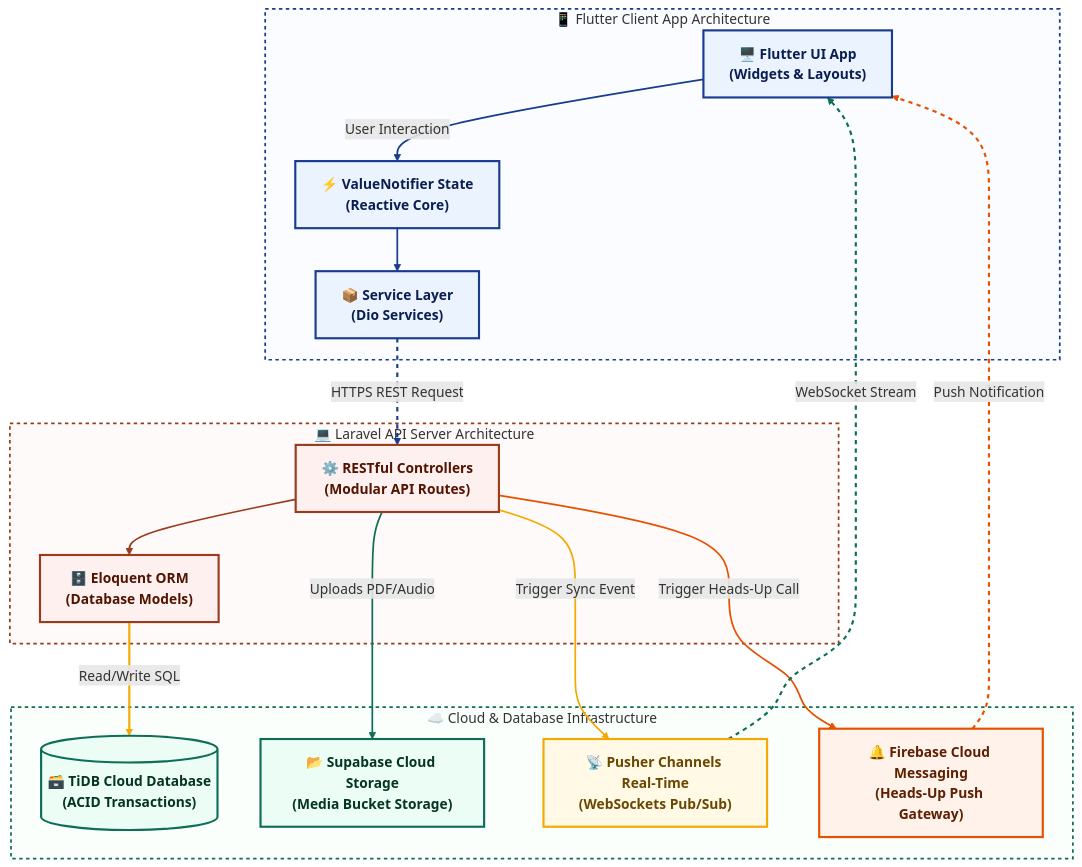
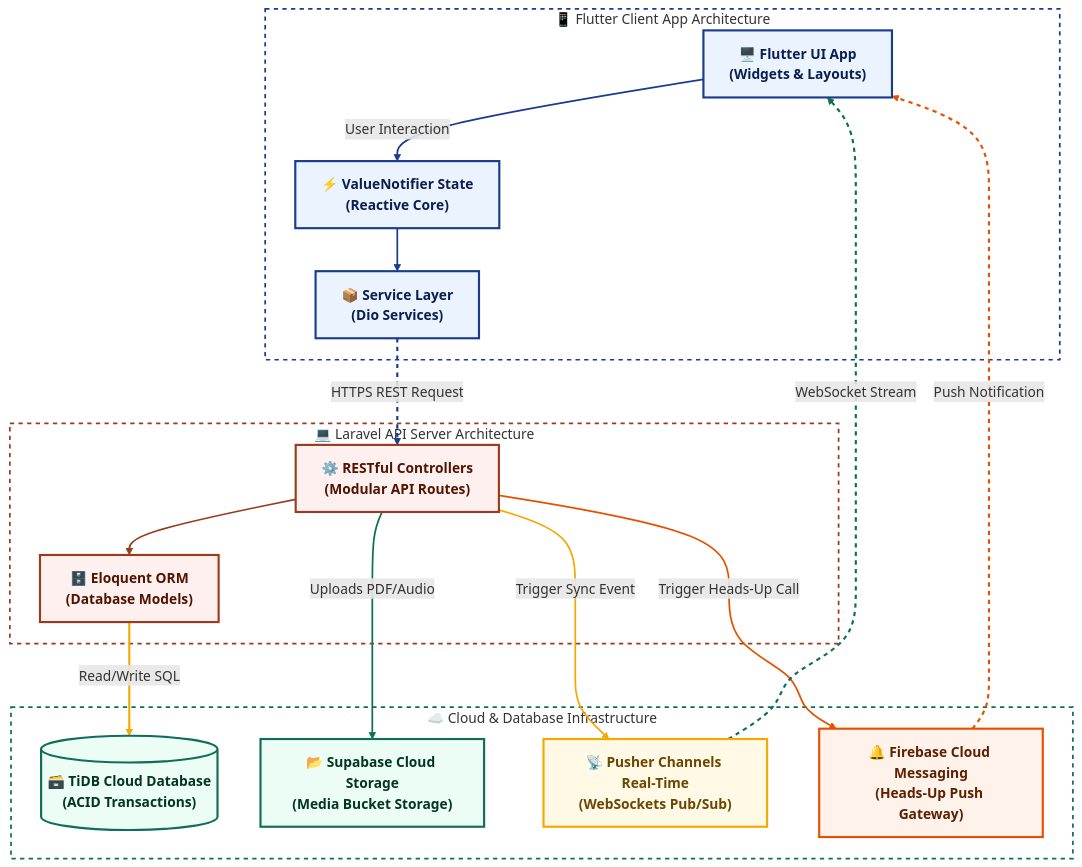
The first of 2 diagrams in README.md (dimaswijil/rupiachat-api), drawn with Mermaid before and after one commit.

Commit message:
docs: make Mermaid subgraphs background transparent (fill:none) with dashed borders

````diff
--- a/README.md
+++ b/README.md
@@ -11,53 +11,53 @@
 ```mermaid
 flowchart TD
     %% Styling Classes (Tailored to RupiaColors Theme)
     classDef clientClass fill:#EBF3FF,stroke:#1A3C8F,stroke-width:2.5px,color:#0A1E50,font-weight:bold;
     classDef backendClass fill:#FFF0F0,stroke:#993C1D,stroke-width:2.5px,color:#501400,font-weight:bold;
     classDef storageClass fill:#EBFDF5,stroke:#0F6E56,stroke-width:2.5px,color:#053520,font-weight:bold;
     classDef pusherClass fill:#FFF9E6,stroke:#F4A900,stroke-width:2.5px,color:#6B4600,font-weight:bold;
     classDef fcmClass fill:#FFF2EB,stroke:#E65100,stroke-width:2.5px,color:#5D2000,font-weight:bold;
 
     subgraph Client [📱 Flutter Client App Architecture]
-        style Client fill:#FAFCFF,stroke:#1A3C8F,stroke-width:2px,stroke-dasharray: 4;
+        style Client fill:none,stroke:#1A3C8F,stroke-width:2px,stroke-dasharray: 5 5;
         F["🖥️ Flutter UI App<br>(Widgets & Layouts)"]:::clientClass
         F1["⚡ ValueNotifier State<br>(Reactive Core)"]:::clientClass
         F2["📦 Service Layer<br>(Dio Services)"]:::clientClass
     end
 
     subgraph Backend [💻 Laravel API Server Architecture]
-        style Backend fill:#FFFAFA,stroke:#993C1D,stroke-width:2px,stroke-dasharray: 4;
+        style Backend fill:none,stroke:#993C1D,stroke-width:2px,stroke-dasharray: 5 5;
         L1["⚙️ RESTful Controllers<br>(Modular API Routes)"]:::backendClass
         L2["🗄️ Eloquent ORM<br>(Database Models)"]:::backendClass
     end
 
     subgraph Cloud [☁️ Cloud & Database Infrastructure]
-        style Cloud fill:#FAFFFB,stroke:#0F6E56,stroke-width:2px,stroke-dasharray: 4;
+        style Cloud fill:none,stroke:#0F6E56,stroke-width:2px,stroke-dasharray: 5 5;
         T[("🗃️ TiDB Cloud Database<br>(ACID Transactions)")]:::storageClass
         S["📂 Supabase Cloud Storage<br>(Media Bucket Storage)"]:::storageClass
         P["📡 Pusher Channels Real-Time<br>(WebSockets Pub/Sub)"]:::pusherClass
         FCM["🔔 Firebase Cloud Messaging<br>(Heads-Up Push Gateway)"]:::fcmClass
     end
 
     %% Flow lines
     F -->|User Interaction| F1
     F1 --> F2
     F2 -->|HTTPS REST Request| L1
     L1 --> L2
     L2 -->|Read/Write SQL| T
     L1 -->|Uploads PDF/Audio| S
     L1 -->|Trigger Sync Event| P
     L1 -->|Trigger Heads-Up Call| FCM
     P -->|WebSocket Stream| F
     FCM -->|Push Notification| F
 
     %% Link styles for vibrant coloring
     linkStyle 0,1 stroke:#1A3C8F,stroke-width:2px;
     linkStyle 2 stroke:#1A3C8F,stroke-width:2.5px,stroke-dasharray: 5 5;
     linkStyle 3 stroke:#993C1D,stroke-width:2px;
     linkStyle 4 stroke:#F4A900,stroke-width:2.5px;
     linkStyle 5 stroke:#0F6E56,stroke-width:2px;
     linkStyle 6 stroke:#F4A900,stroke-width:2px;
     linkStyle 7 stroke:#E65100,stroke-width:2px;
     linkStyle 8 stroke:#0F6E56,stroke-width:2.5px,stroke-dasharray: 5 5;
     linkStyle 9 stroke:#E65100,stroke-width:2.5px,stroke-dasharray: 5 5;
 ```
````
